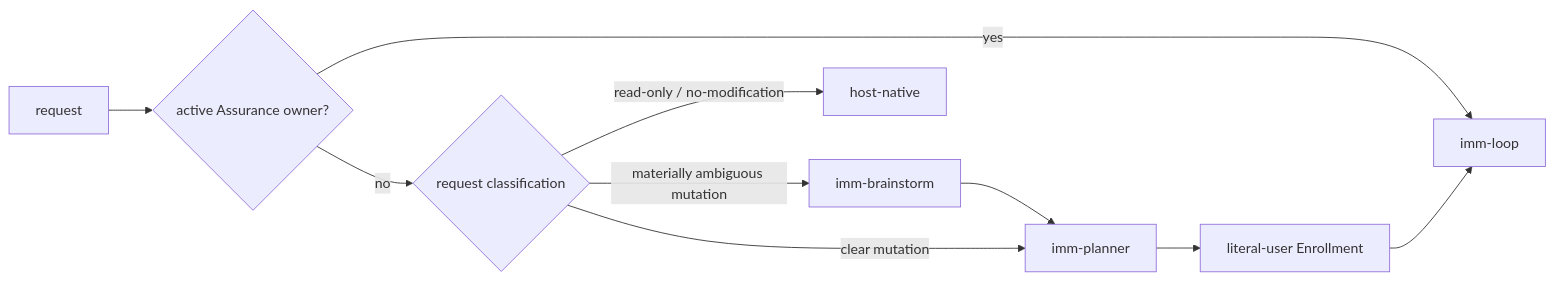
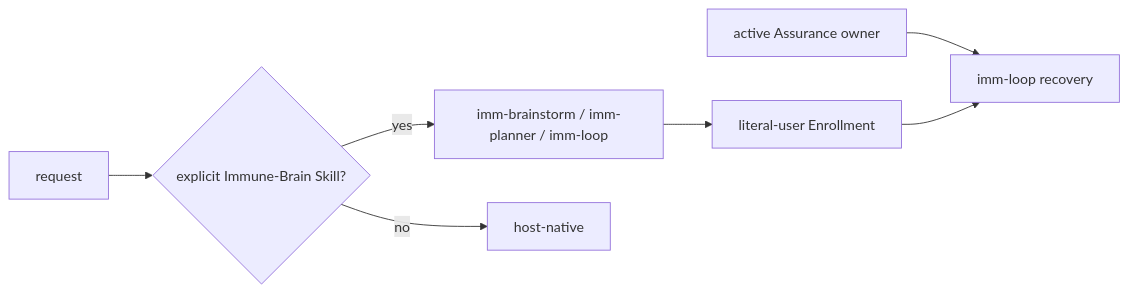
One commit to dereknex/immune-brain changed the first of 2 diagrams in plugins/immune-brain/README.md. Above: the diagram before and after it, drawn with Mermaid. The commit also changed other lines of this file and 23 other files, not shown here.

Commit message:
feat: make managed path routing skill-explicit

````diff
--- a/plugins/immune-brain/README.md
+++ b/plugins/immune-brain/README.md
@@ -35,12 +30,9 @@
 ```mermaid
 flowchart LR
-  request[request] --> owner{active Assurance owner?}
-  owner -->|yes| loop[imm-loop]
-  owner -->|no| classify{request classification}
-  classify -->|read-only / no-modification| host[host-native]
-  classify -->|materially ambiguous mutation| brainstorm[imm-brainstorm]
-  classify -->|clear mutation| planner[imm-planner]
-  brainstorm --> planner
-  planner --> enroll[literal-user Enrollment]
+  request[request] --> explicit{explicit Immune-Brain Skill?}
+  explicit -->|yes| skill[imm-brainstorm / imm-planner / imm-loop]
+  explicit -->|no| host[host-native]
+  owner[active Assurance owner] --> loop[imm-loop recovery]
+  skill --> enroll[literal-user Enrollment]
   enroll --> loop
 ```
````
